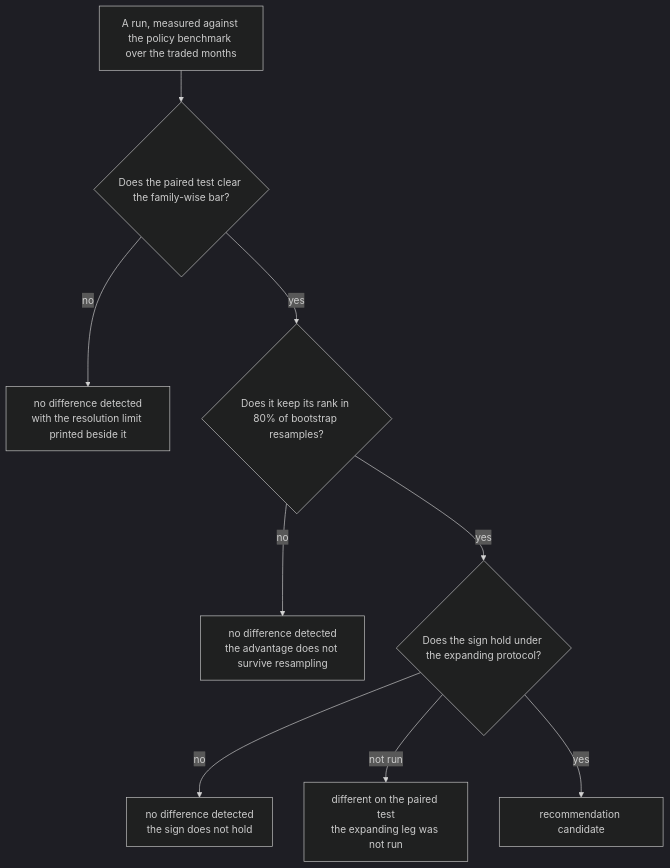
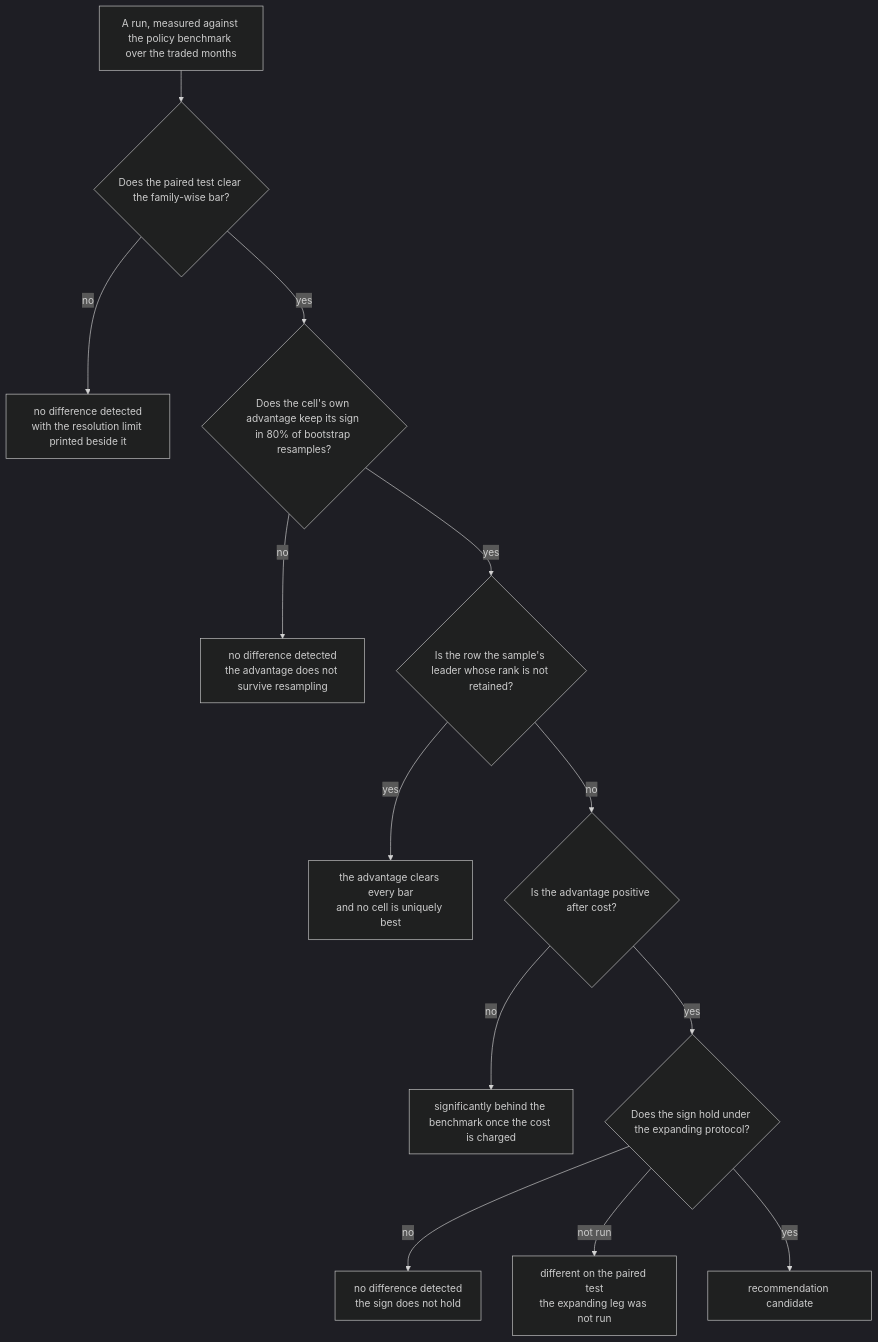
Before and after one commit to wididestrianda01/portfolio-workbench: the second of 3 diagrams in README.md, drawn with Mermaid (dark theme). The commit also changed other lines of this file, not shown here.

````diff
--- a/README.md
+++ b/README.md
@@ -259,11 +268,15 @@
 ```mermaid
 flowchart TD
     C[A run, measured against the policy benchmark over the traded months] --> Q1{Does the paired test clear the family-wise bar?}
     Q1 -->|no| V1[no difference detected<br/>with the resolution limit printed beside it]
-    Q1 -->|yes| Q2{Does it keep its rank in 80% of bootstrap resamples?}
+    Q1 -->|yes| Q2{Does the cell's own advantage keep its sign in 80% of bootstrap resamples?}
     Q2 -->|no| V2[no difference detected<br/>the advantage does not survive resampling]
-    Q2 -->|yes| Q3{Does the sign hold under the expanding protocol?}
+    Q2 -->|yes| Q4{Is the row the sample's leader whose rank is not retained?}
+    Q4 -->|yes| V6[the advantage clears every bar<br/>and no cell is uniquely best]
+    Q4 -->|no| Q5{Is the advantage positive after cost?}
+    Q5 -->|no| V7[significantly behind the benchmark once the cost is charged]
+    Q5 -->|yes| Q3{Does the sign hold under the expanding protocol?}
     Q3 -->|no| V3[no difference detected<br/>the sign does not hold]
     Q3 -->|not run| V4[different on the paired test<br/>the expanding leg was not run]
     Q3 -->|yes| V5[recommendation candidate]
 ```
````
